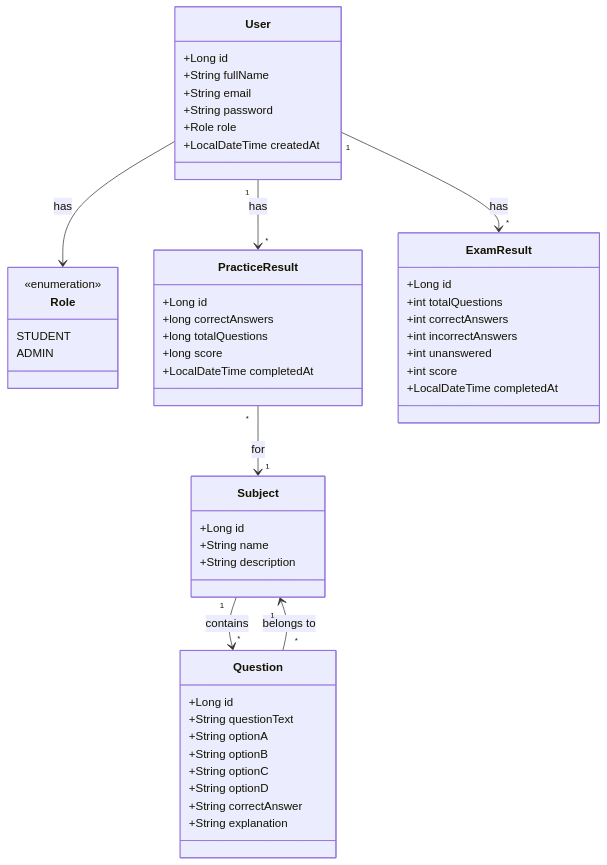
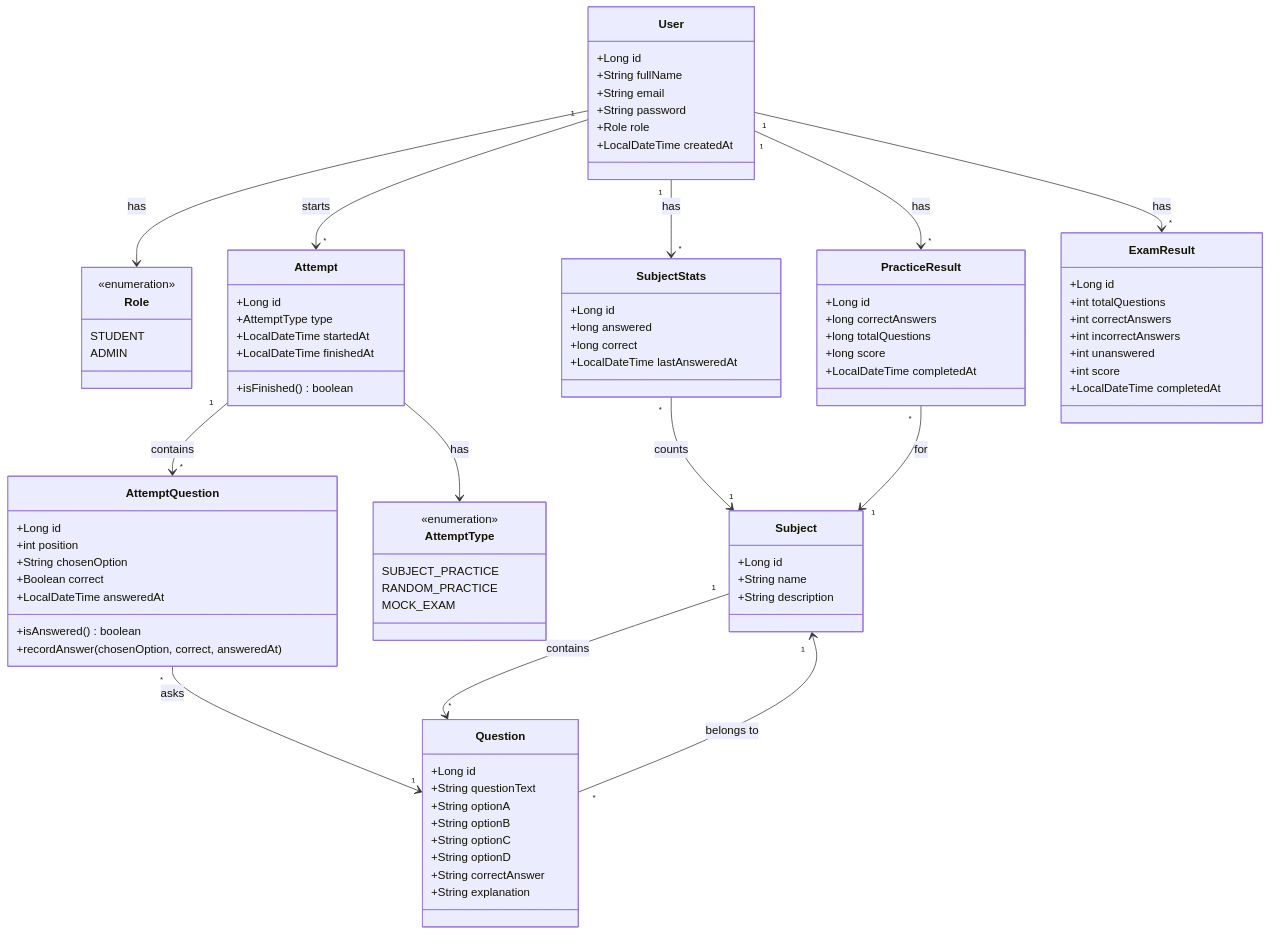
Before and after one commit to Hunter-Theory-Examination-Jagarexamen/hunter-exam-trainer: the diagram in docs/Design/UML-Class-Diagram.md, drawn with Mermaid. The commit also changed 2 other files, not shown here.

Commit message:
docs: mock exam wording in the README error table, no issue number in Roles, attempt classes in the UML diagram
Claude-Session: https://claude.ai/code/session_0198PMfKHJe8YJkJn5fJgJ3M

```diff
--- a/docs/Design/UML-Class-Diagram.md
+++ b/docs/Design/UML-Class-Diagram.md
@@ -43,6 +43,38 @@
     +LocalDateTime completedAt 
 } 
 
+class Attempt {
+    +Long id
+    +AttemptType type
+    +LocalDateTime startedAt
+    +LocalDateTime finishedAt
+    +isFinished() boolean
+}
+
+class AttemptType {
+    <<enumeration>>
+    SUBJECT_PRACTICE
+    RANDOM_PRACTICE
+    MOCK_EXAM
+}
+
+class AttemptQuestion {
+    +Long id
+    +int position
+    +String chosenOption
+    +Boolean correct
+    +LocalDateTime answeredAt
+    +isAnswered() boolean
+    +recordAnswer(chosenOption, correct, answeredAt)
+}
+
+class SubjectStats {
+    +Long id
+    +long answered
+    +long correct
+    +LocalDateTime lastAnsweredAt
+}
+
 class ExamResult { 
     +Long id 
     +int totalQuestions 
@@ -56,6 +88,12 @@
     User "1" --> "*" PracticeResult : has 
     User "1" --> "*" ExamResult : has 
     User --> Role : has 
+    User "1" --> "*" Attempt : starts
+    Attempt --> AttemptType : has
+    Attempt "1" --> "*" AttemptQuestion : contains
+    AttemptQuestion "*" --> "1" Question : asks
+    User "1" --> "*" SubjectStats : has
+    SubjectStats "*" --> "1" Subject : counts
     Subject "1" --> "*" Question : contains 
     PracticeResult "*" --> "1" Subject : for 
     Question "*" --> "1" Subject : belongs to
```
